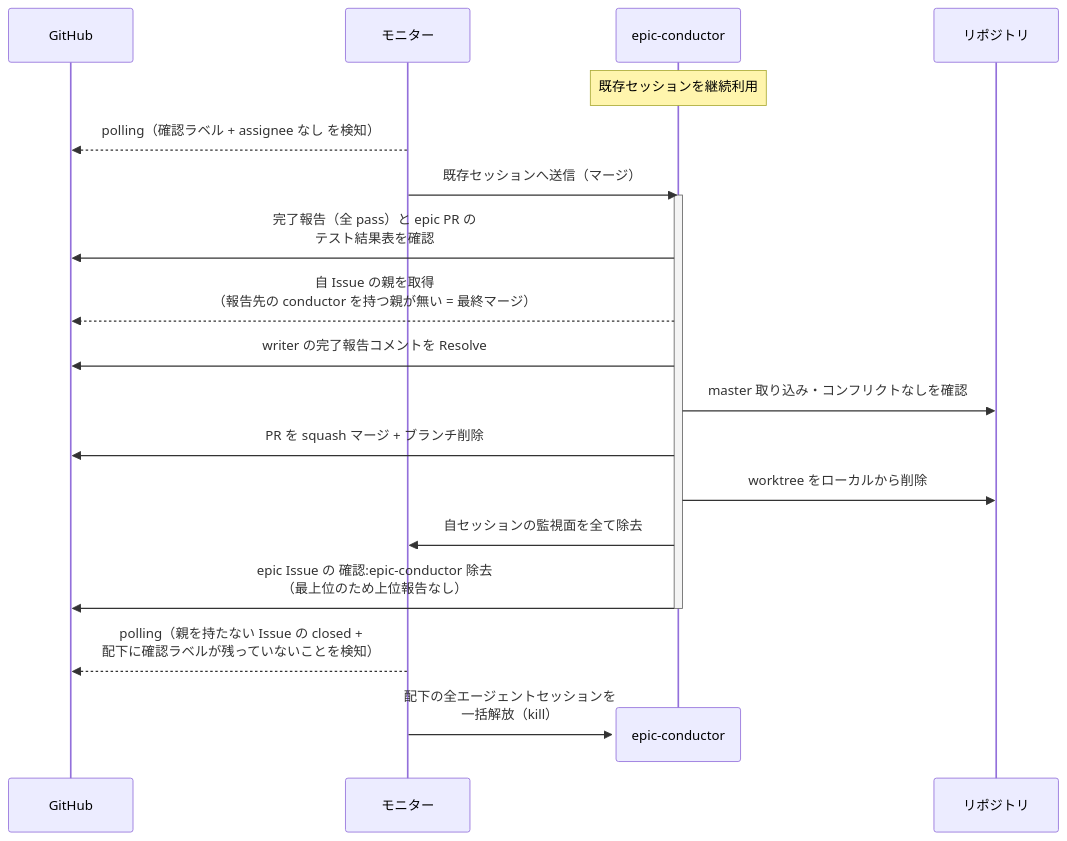
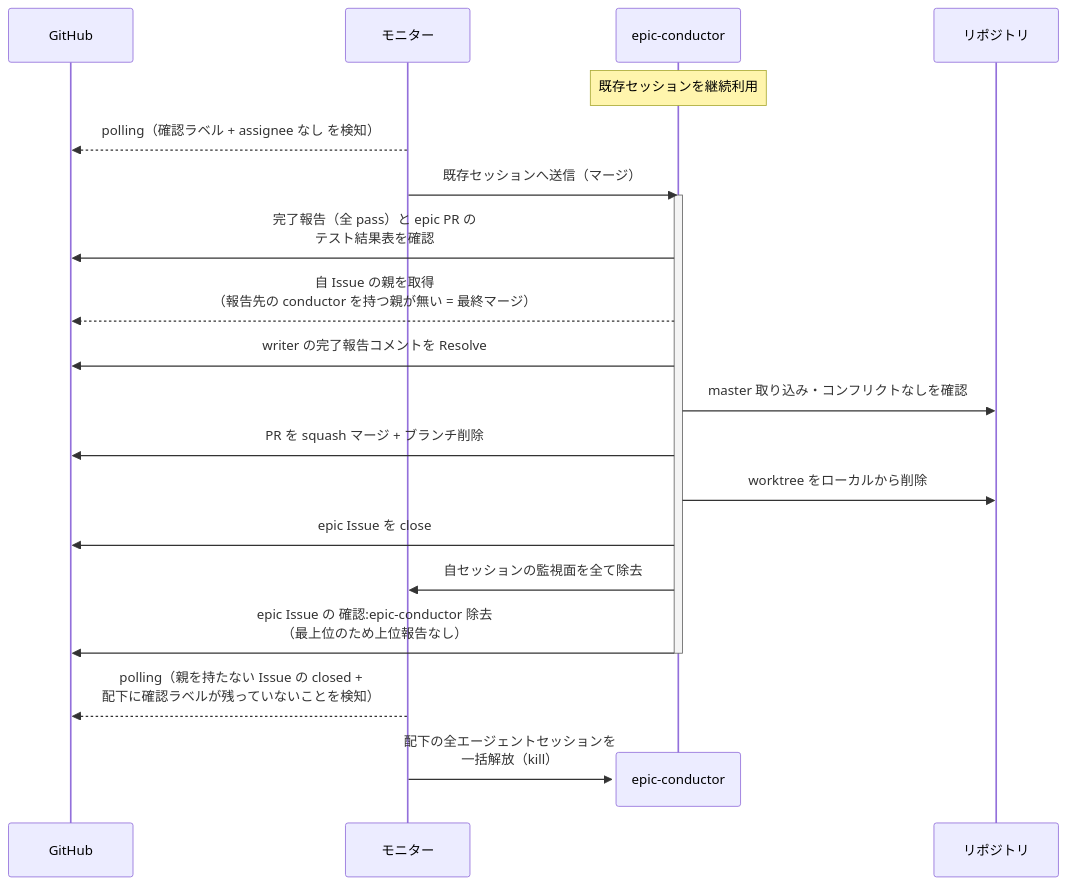
The third of 6 diagrams in docs/wiki/設計図/シナリオ/単一ユースケース/マージ.md (shuhei1101/ai-monitor), drawn with Mermaid before and after one commit. The commit also changed other lines of this file and 52 other files, not shown here.

````diff
--- a/docs/wiki/設計図/シナリオ/単一ユースケース/マージ.md
+++ b/docs/wiki/設計図/シナリオ/単一ユースケース/マージ.md
@@ -118,24 +120,25 @@
 ```mermaid
 sequenceDiagram
   participant GH as GitHub
   participant ORC as モニター
   participant MON as epic-conductor
   participant REPO as リポジトリ
 
   Note over MON: 既存セッションを継続利用
   ORC-->>GH: polling（確認ラベル + assignee なし を検知）
   ORC->>MON: 既存セッションへ送信（マージ）
   activate MON
   MON->>GH: 完了報告（全 pass）と epic PR の<br>テスト結果表を確認
   MON-->>GH: 自 Issue の親を取得<br>（報告先の conductor を持つ親が無い = 最終マージ）
   MON->>GH: writer の完了報告コメントを Resolve
   MON->>REPO: master 取り込み・コンフリクトなしを確認
   MON->>GH: PR を squash マージ + ブランチ削除
   MON->>REPO: worktree をローカルから削除
+  MON->>GH: epic Issue を close
   MON->>ORC: 自セッションの監視面を全て除去
   MON->>GH: epic Issue の 確認:epic-conductor 除去<br>（最上位のため上位報告なし）
   deactivate MON
   ORC-->>GH: polling（親を持たない Issue の closed +<br>配下に確認ラベルが残っていないことを検知）
   destroy MON
   ORC->>MON: 配下の全エージェントセッションを<br>一括解放（kill）
 ```
````
